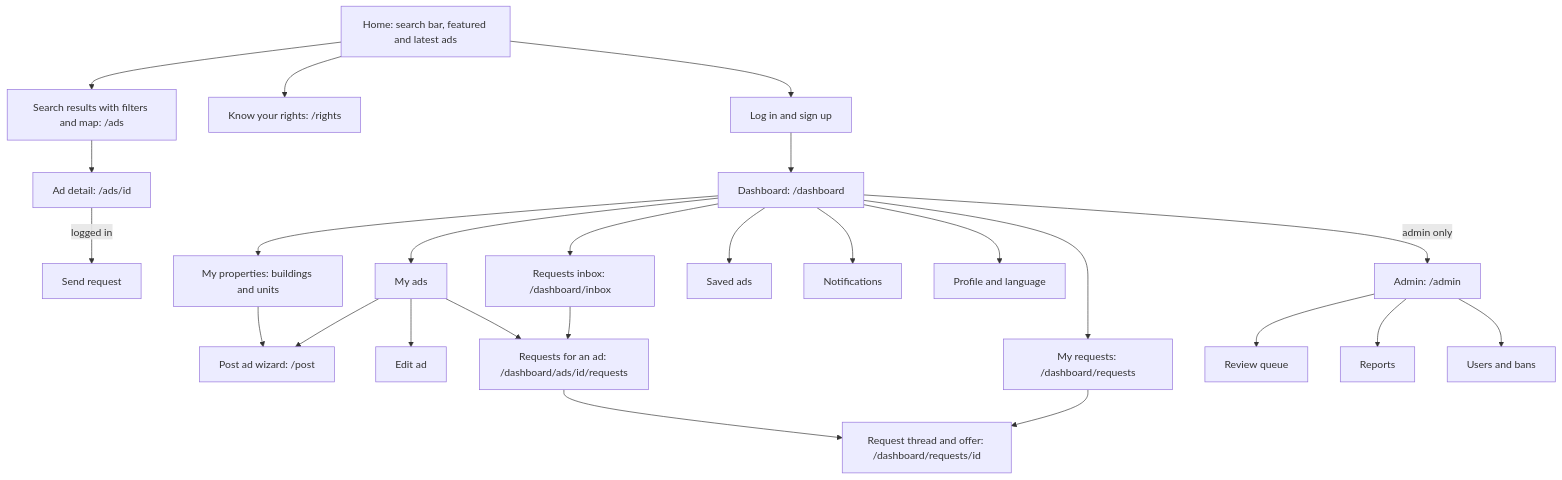
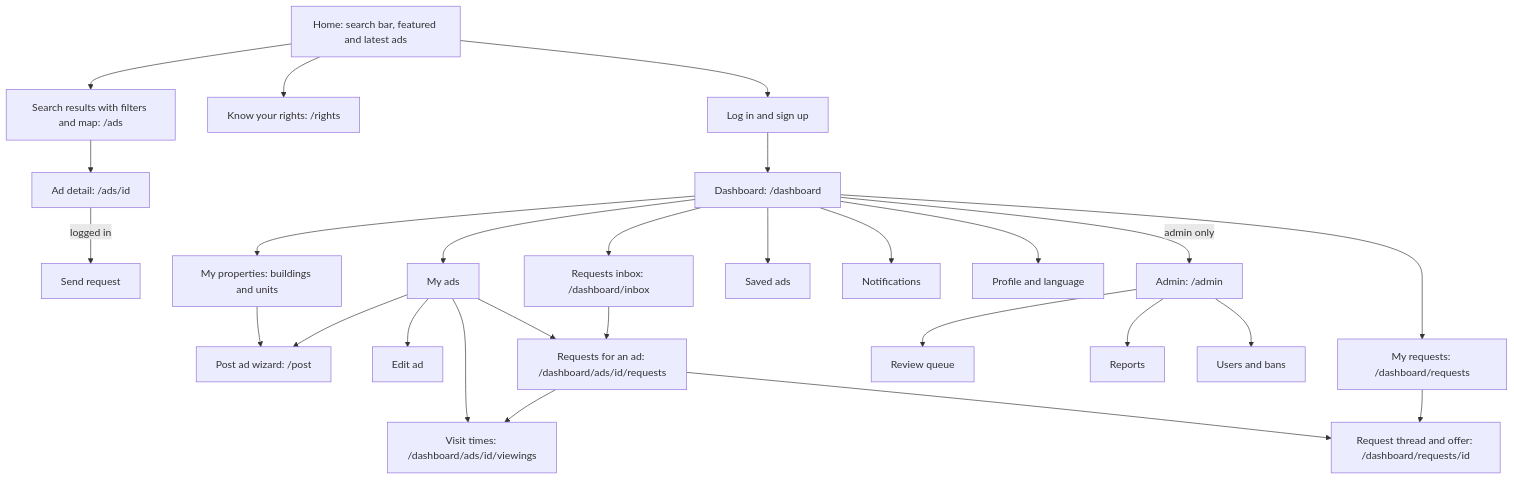
Before and after one commit to house-manager-bd/house-manager: the third of 6 diagrams in docs/PROJECT_PLAN.md, drawn with Mermaid. The commit also changed other lines of this file and 27 other files, not shown here.

````diff
--- a/docs/PROJECT_PLAN.md
+++ b/docs/PROJECT_PLAN.md
@@ -376,27 +392,29 @@
 ```mermaid
 flowchart TD
     HOME["Home: search bar, featured and latest ads"] --> SEARCH["Search results with filters and map: /ads"]
     SEARCH --> DETAIL["Ad detail: /ads/id"]
     HOME --> RIGHTS["Know your rights: /rights"]
     HOME --> LOGIN["Log in and sign up"]
     DETAIL -->|"logged in"| REQ["Send request"]
     LOGIN --> DASH["Dashboard: /dashboard"]
     DASH --> PROPS["My properties: buildings and units"]
     PROPS --> POST["Post ad wizard: /post"]
     DASH --> MYADS["My ads"]
     MYADS --> POST
     MYADS --> EDIT["Edit ad"]
     MYADS --> INBOX["Requests for an ad: /dashboard/ads/id/requests"]
+    MYADS --> VISITS["Visit times: /dashboard/ads/id/viewings"]
+    INBOX --> VISITS
     DASH --> INBOXALL["Requests inbox: /dashboard/inbox"]
     INBOXALL --> INBOX
     DASH --> MYREQ["My requests: /dashboard/requests"]
     INBOX --> THREAD["Request thread and offer: /dashboard/requests/id"]
     MYREQ --> THREAD
     DASH --> SAVED["Saved ads"]
     DASH --> NOTI["Notifications"]
     DASH --> PROFILE["Profile and language"]
     DASH -->|"admin only"| ADMIN["Admin: /admin"]
     ADMIN --> QUEUE["Review queue"]
     ADMIN --> REPORTS["Reports"]
     ADMIN --> USERS["Users and bans"]
 ```
````
